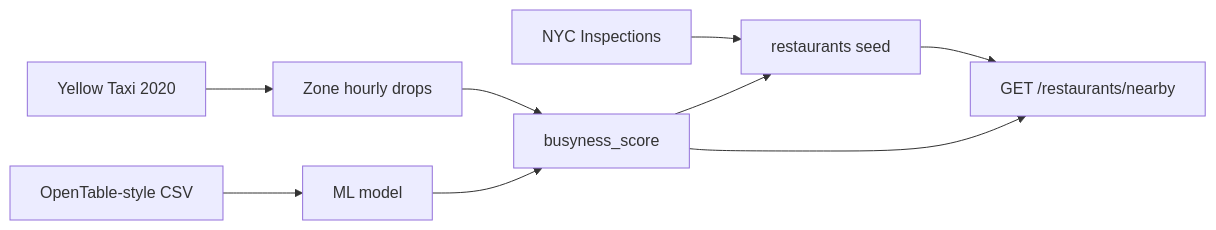
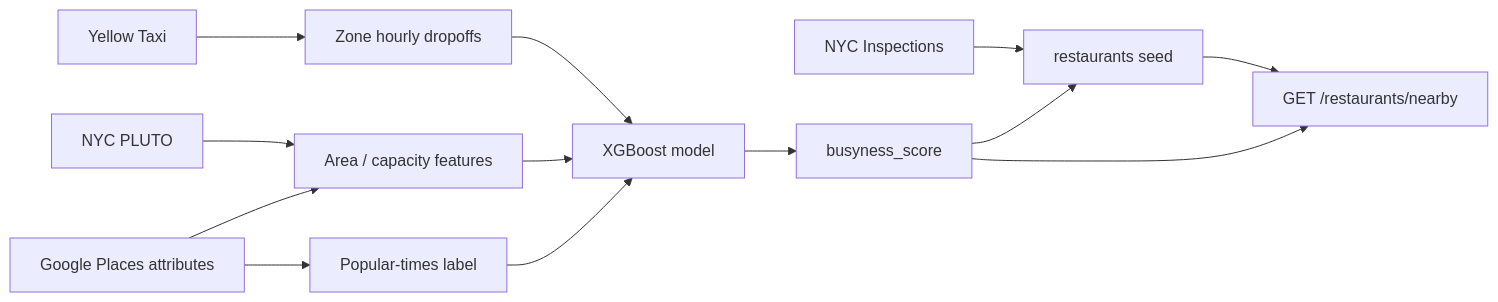
The diagram in docs/data-strategy.md (chukwuemekanwoke-jpg/comp47360-team2), drawn with Mermaid before and after one commit. The commit also changed other lines of this file and 11 other files, not shown here.

````diff
--- a/docs/data-strategy.md
+++ b/docs/data-strategy.md
@@ -147,11 +177,15 @@
 ```mermaid
 flowchart LR
   A[NYC Inspections] --> R[restaurants seed]
-  B[Yellow Taxi 2020] --> Z[Zone hourly drops]
-  Z --> S[busyness_score]
+  B[Yellow Taxi] --> Z[Zone hourly dropoffs]
+  D[NYC PLUTO] --> F[Area / capacity features]
+  C[Google Places attributes] --> F
+  C --> L[Popular-times label]
+  Z --> M[XGBoost model]
+  F --> M
+  L --> M
+  M --> S[busyness_score]
   S --> R
-  C[OpenTable-style CSV] --> M[ML model]
-  M --> S
   R --> API[GET /restaurants/nearby]
   S --> API
 ```
````
